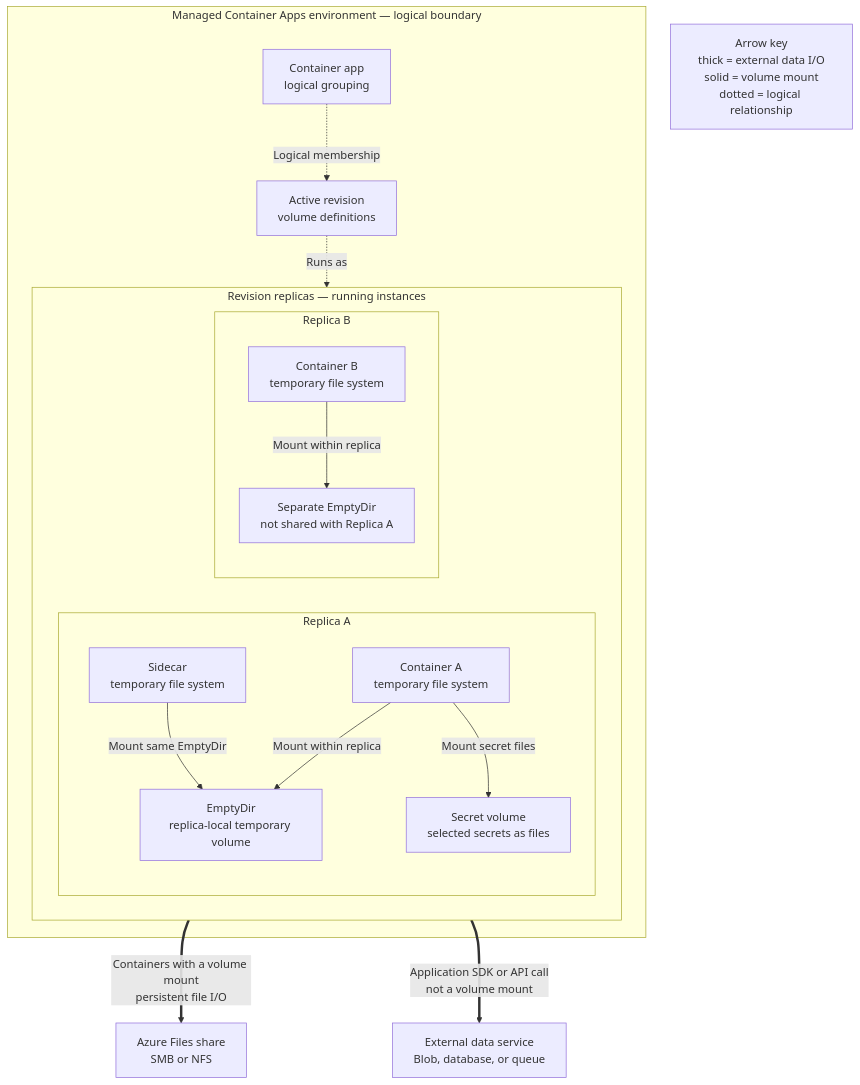
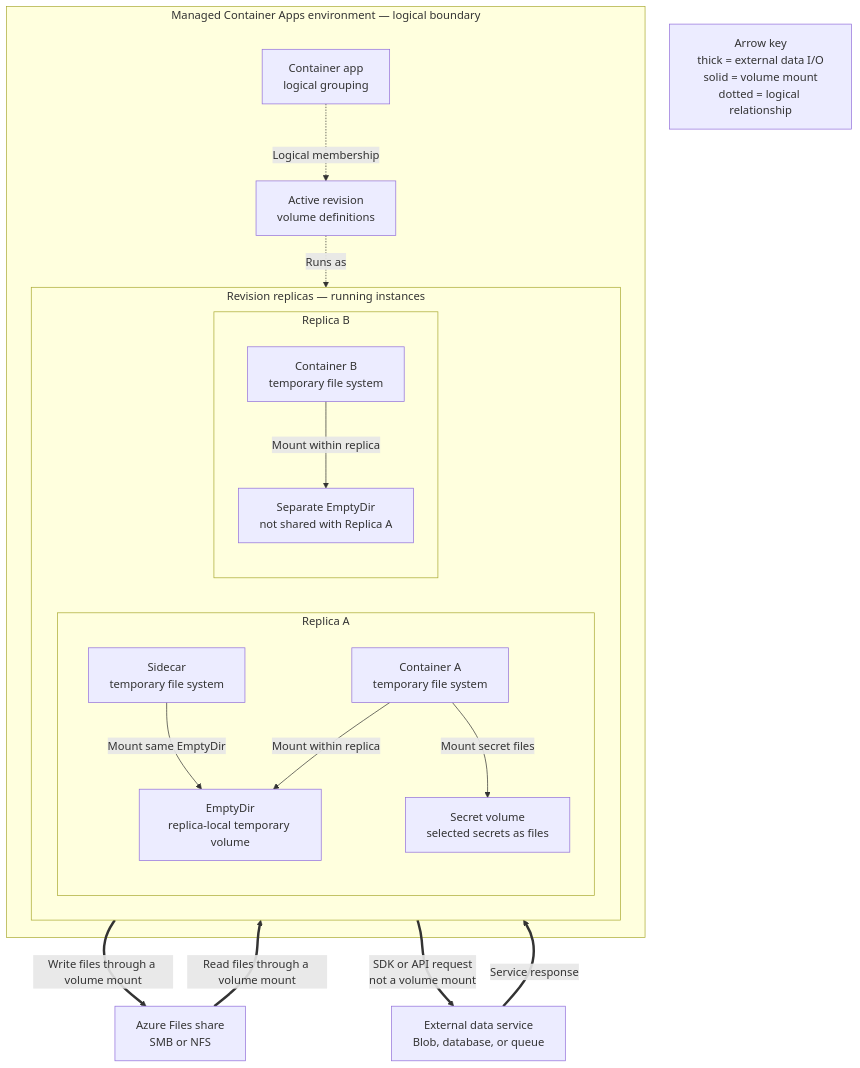
Before and after one commit to yeongseon/azure-container-apps-practical-guide: the first of 3 diagrams in docs/platform/storage/index.md, drawn with Mermaid. The commit also changed other lines of this file and 1 other file, not shown here.

Commit message:
docs(storage): correct diagram flows and CLI explanations

````diff
--- a/docs/platform/storage/index.md
+++ b/docs/platform/storage/index.md
@@ -64,36 +64,38 @@
 ```mermaid
 flowchart TD
     accTitle: Azure Container Apps storage lifecycle and sharing boundaries
     accDescr: A logical Container Apps revision has replicas. Each container has a temporary file system, containers in one replica can share an EmptyDir or secret volume, and containers across replicas or revisions can mount the same persistent Azure Files share. Blob and other external services are accessed through application code rather than mounted as Container Apps volumes.
 
     subgraph ENV["Managed Container Apps environment — logical boundary"]
         APP["Container app<br/>logical grouping"]
         REV_ACTIVE["Active revision<br/>volume definitions"]
         subgraph REPLICAS["Revision replicas — running instances"]
             subgraph R1["Replica A"]
                 C1["Container A<br/>temporary file system"]
                 C2["Sidecar<br/>temporary file system"]
                 EMPTY1["EmptyDir<br/>replica-local temporary volume"]
                 SECRET1["Secret volume<br/>selected secrets as files"]
             end
             subgraph R2["Replica B"]
                 C3["Container B<br/>temporary file system"]
                 EMPTY2["Separate EmptyDir<br/>not shared with Replica A"]
             end
         end
     end
 
     FILES["Azure Files share<br/>SMB or NFS"]
     EXTERNAL["External data service<br/>Blob, database, or queue"]
 
     APP -.->|"Logical membership"| REV_ACTIVE
     REV_ACTIVE -.->|"Runs as"| REPLICAS
     C1 -->|"Mount within replica"| EMPTY1
     C2 -->|"Mount same EmptyDir"| EMPTY1
     C1 -->|"Mount secret files"| SECRET1
     C3 -->|"Mount within replica"| EMPTY2
-    REPLICAS ==>|"Containers with a volume mount<br/>persistent file I/O"| FILES
-    REPLICAS ==>|"Application SDK or API call<br/>not a volume mount"| EXTERNAL
+    REPLICAS ==>|"Write files through a volume mount"| FILES
+    FILES ==>|"Read files through a volume mount"| REPLICAS
+    REPLICAS ==>|"SDK or API request<br/>not a volume mount"| EXTERNAL
+    EXTERNAL ==>|"Service response"| REPLICAS
 
     LEGEND["Arrow key<br/>thick = external data I/O<br/>solid = volume mount<br/>dotted = logical relationship"]
 ```
````
